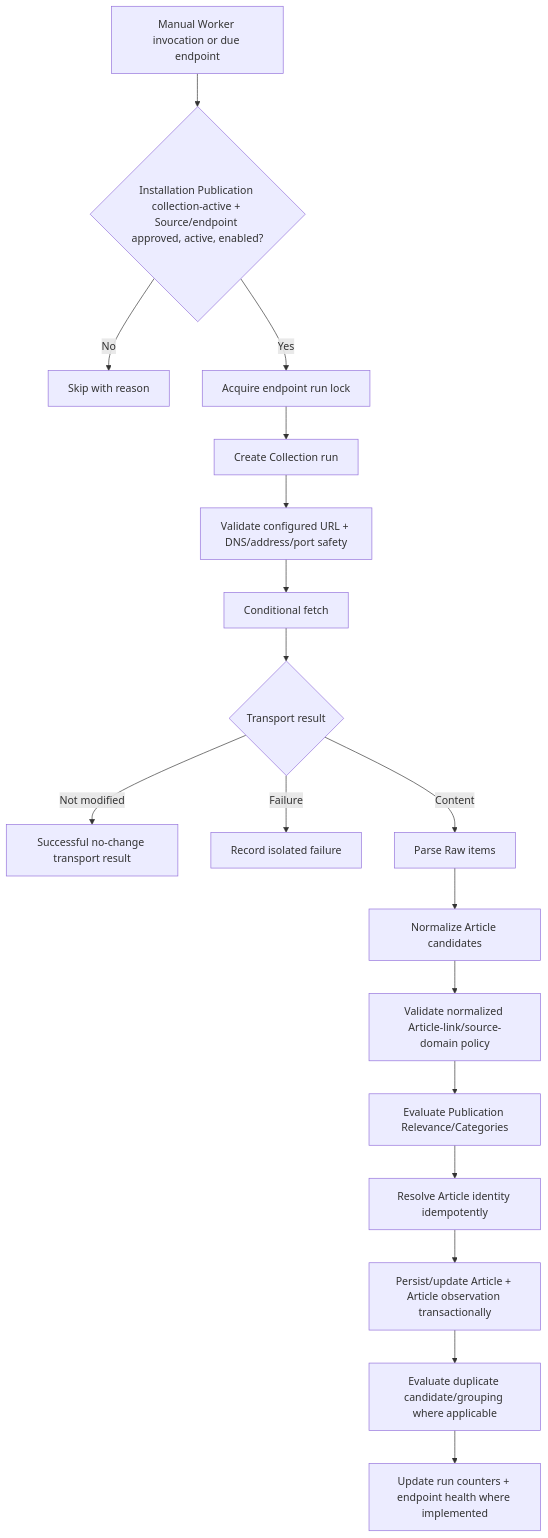
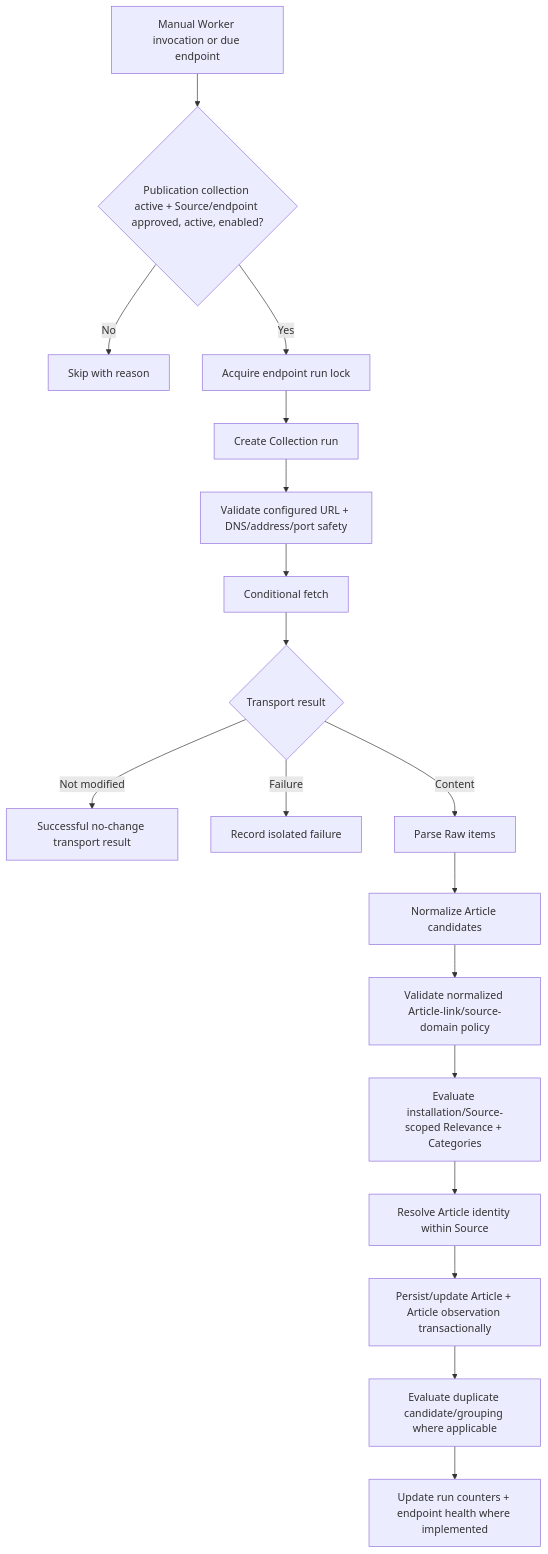
The second of 2 diagrams in docs/architecture/system-architecture.md (jfin602/news-scraper), drawn with Mermaid before and after one commit. The commit also changed other lines of this file and 18 other files, not shown here.

````diff
--- a/docs/architecture/system-architecture.md
+++ b/docs/architecture/system-architecture.md
@@ -122,20 +136,20 @@
 ```mermaid
 flowchart TD
-    A[Manual Worker invocation or due endpoint] --> B{Installation Publication collection-active + Source/endpoint approved, active, enabled?}
+    A[Manual Worker invocation or due endpoint] --> B{Publication collection active + Source/endpoint approved, active, enabled?}
     B -- No --> Z[Skip with reason]
     B -- Yes --> C[Acquire endpoint run lock]
     C --> R0[Create Collection run]
     R0 --> G[Validate configured URL + DNS/address/port safety]
     G --> D[Conditional fetch]
     D --> E{Transport result}
     E -- Not modified --> F[Successful no-change transport result]
     E -- Failure --> H[Record isolated failure]
     E -- Content --> I[Parse Raw items]
     I --> J[Normalize Article candidates]
     J --> K[Validate normalized Article-link/source-domain policy]
-    K --> L[Evaluate Publication Relevance/Categories]
-    L --> M[Resolve Article identity idempotently]
+    K --> L[Evaluate installation/Source-scoped Relevance + Categories]
+    L --> M[Resolve Article identity within Source]
     M --> N[Persist/update Article + Article observation transactionally]
     N --> O[Evaluate duplicate candidate/grouping where applicable]
     O --> P[Update run counters + endpoint health where implemented]
 ```
````
